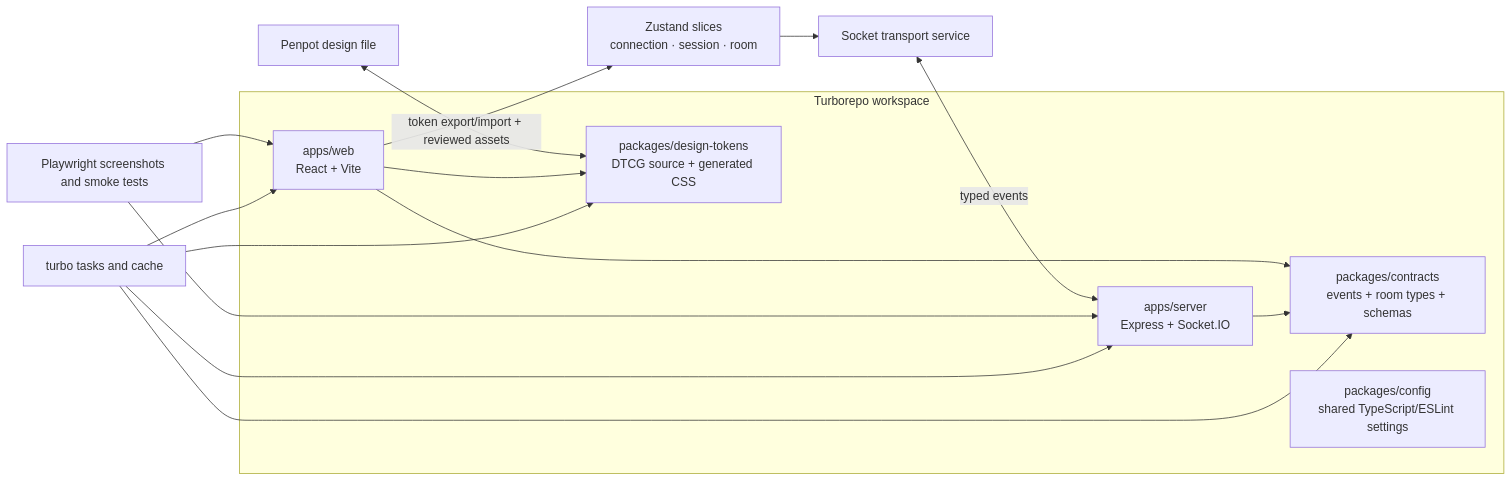
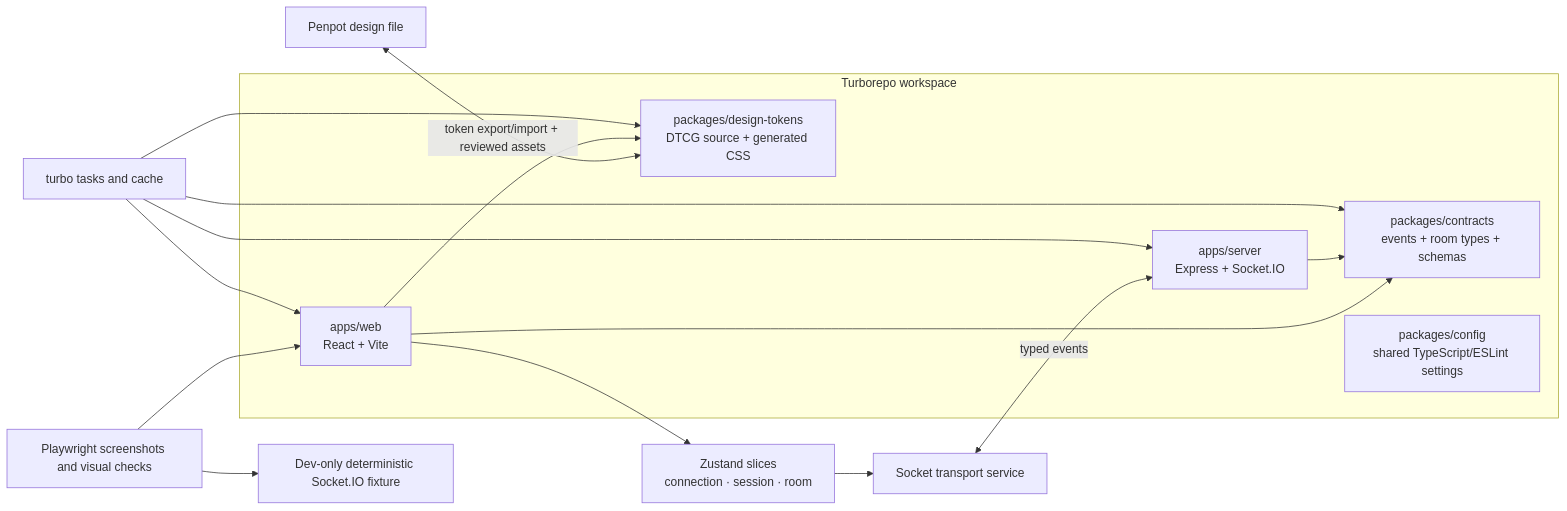
One commit to kereszteszsolt/planning-poker changed the third of 3 diagrams in docs/architecture.md. Above: the diagram before and after it, drawn with Mermaid. The commit also changed other lines of this file and 28 other files, not shown here.

Commit message:
feat: implement PP-009 deterministic screenshots

````diff
--- a/docs/architecture.md
+++ b/docs/architecture.md
@@ -126,24 +126,24 @@
 ```mermaid
 flowchart LR
     subgraph Monorepo[Turborepo workspace]
       WEB[apps/web\nReact + Vite]
       API[apps/server\nExpress + Socket.IO]
       CONTRACTS[packages/contracts\nevents + room types + schemas]
       TOKENS[packages/design-tokens\nDTCG source + generated CSS]
       CONFIG[packages/config\nshared TypeScript/ESLint settings]
     end
 
     PENPOT[Penpot design file] <-->|token export/import + reviewed assets| TOKENS
     WEB --> STORE[Zustand slices\nconnection · session · room]
     STORE --> TRANSPORT[Socket transport service]
     TRANSPORT <-->|typed events| API
     WEB --> CONTRACTS
     API --> CONTRACTS
     WEB --> TOKENS
-    PLAYWRIGHT[Playwright screenshots and smoke tests] --> WEB
-    PLAYWRIGHT --> API
+    PLAYWRIGHT[Playwright screenshots and visual checks] --> WEB
+    PLAYWRIGHT --> FIXTURE[Dev-only deterministic Socket.IO fixture]
     TURBO[turbo tasks and cache] --> WEB
     TURBO --> API
     TURBO --> CONTRACTS
     TURBO --> TOKENS
 ```
````
